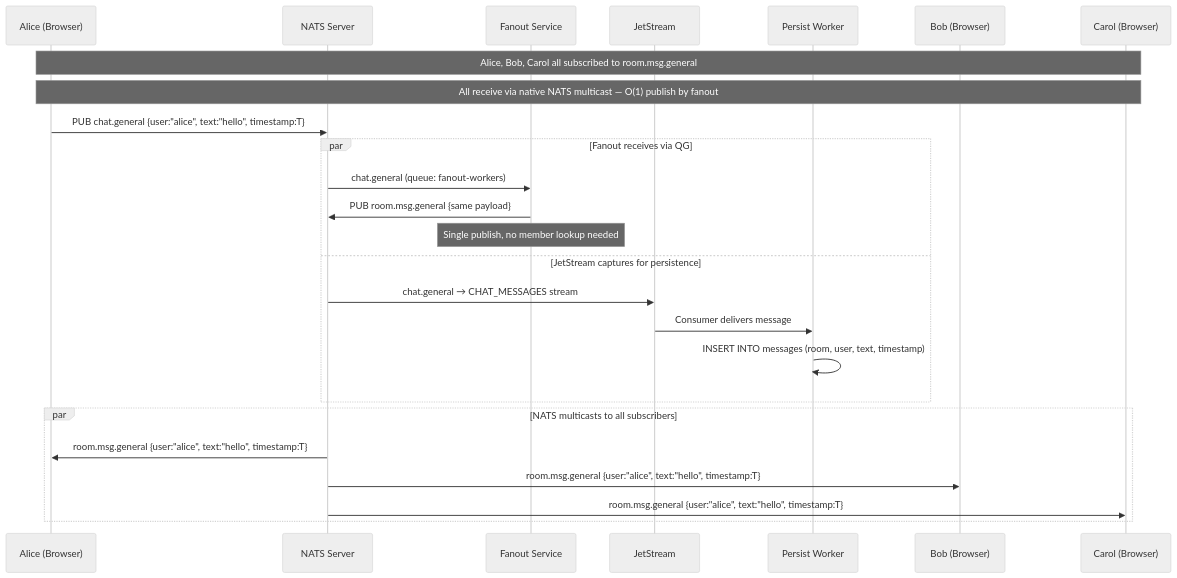
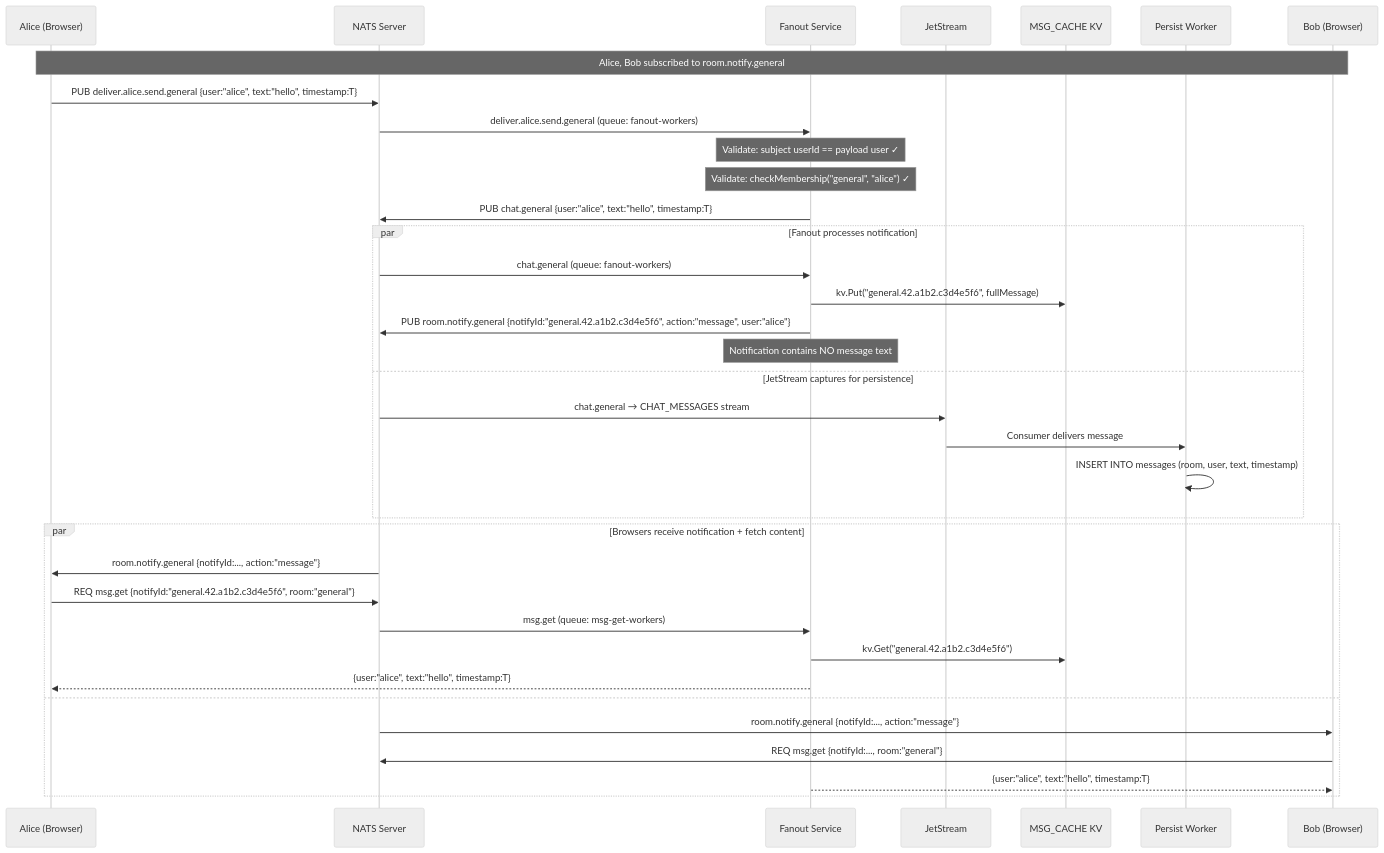
Before and after one commit to julianshen/nats-chat-keycloak: the first of 16 diagrams in docs/plans/2026-02-25-room-subscription-design.md, drawn with Mermaid (neutral theme). The commit also changed other lines of this file, not shown here.

First line of the commit message:
docs: rewrite room subscription design for two-stream architecture

````diff
--- a/docs/plans/2026-02-25-room-subscription-design.md
+++ b/docs/plans/2026-02-25-room-subscription-design.md
@@ -41,33 +54,43 @@
 ```mermaid
 sequenceDiagram
     participant Alice as Alice (Browser)
     participant NATS as NATS Server
     participant Fanout as Fanout Service
     participant JS as JetStream
+    participant Cache as MSG_CACHE KV
     participant Persist as Persist Worker
     participant Bob as Bob (Browser)
-    participant Carol as Carol (Browser)
 
-    Note over Alice,Carol: Alice, Bob, Carol all subscribed to room.msg.general
-    Note over Alice,Carol: All receive via native NATS multicast — O(1) publish by fanout
+    Note over Alice,Bob: Alice, Bob subscribed to room.notify.general
 
-    Alice->>NATS: PUB chat.general {user:"alice", text:"hello", timestamp:T}
+    Alice->>NATS: PUB deliver.alice.send.general {user:"alice", text:"hello", timestamp:T}
+    NATS->>Fanout: deliver.alice.send.general (queue: fanout-workers)
 
-    par Fanout receives via QG
+    Note over Fanout: Validate: subject userId == payload user ✓
+    Note over Fanout: Validate: checkMembership("general", "alice") ✓
+
+    Fanout->>NATS: PUB chat.general {user:"alice", text:"hello", timestamp:T}
+
+    par Fanout processes notification
         NATS->>Fanout: chat.general (queue: fanout-workers)
-        Fanout->>NATS: PUB room.msg.general {same payload}
-        Note over Fanout: Single publish, no member lookup needed
+        Fanout->>Cache: kv.Put("general.42.a1b2.c3d4e5f6", fullMessage)
+        Fanout->>NATS: PUB room.notify.general {notifyId:"general.42.a1b2.c3d4e5f6", action:"message", user:"alice"}
+        Note over Fanout: Notification contains NO message text
     and JetStream captures for persistence
         NATS->>JS: chat.general → CHAT_MESSAGES stream
         JS->>Persist: Consumer delivers message
         Persist->>Persist: INSERT INTO messages (room, user, text, timestamp)
     end
 
-    par NATS multicasts to all subscribers
-        NATS->>Alice: room.msg.general {user:"alice", text:"hello", timestamp:T}
-        NATS->>Bob: room.msg.general {user:"alice", text:"hello", timestamp:T}
-        NATS->>Carol: room.msg.general {user:"alice", text:"hello", timestamp:T}
+    par Browsers receive notification + fetch content
+        NATS->>Alice: room.notify.general {notifyId:..., action:"message"}
+        Alice->>NATS: REQ msg.get {notifyId:"general.42.a1b2.c3d4e5f6", room:"general"}
+        NATS->>Fanout: msg.get (queue: msg-get-workers)
+        Fanout->>Cache: kv.Get("general.42.a1b2.c3d4e5f6")
+        Fanout-->>Alice: {user:"alice", text:"hello", timestamp:T}
+    and
+        NATS->>Bob: room.notify.general {notifyId:..., action:"message"}
+        Bob->>NATS: REQ msg.get {notifyId:..., room:"general"}
+        Fanout-->>Bob: {user:"alice", text:"hello", timestamp:T}
     end
-
-    
 ```
````
